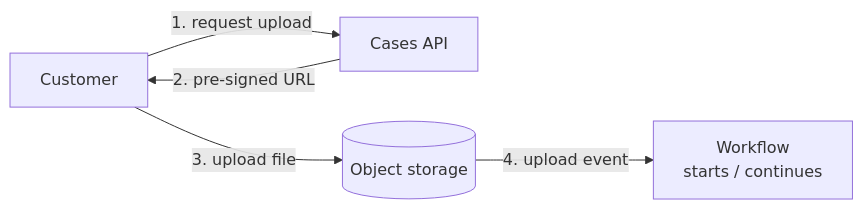
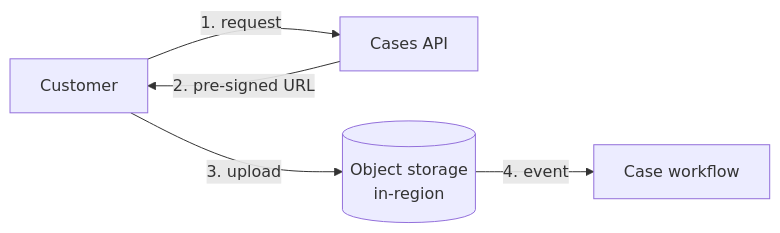
Before and after one commit to shubamchaudhary/CodeNITW: the first of 3 diagrams in src/Data/aiStackDocs/DP-08.md, drawn with Mermaid. The commit also changed other lines of this file and 15 other files, not shown here.

````diff
--- a/src/Data/aiStackDocs/DP-08.md
+++ b/src/Data/aiStackDocs/DP-08.md
@@ -72,7 +63,7 @@
 ```mermaid
 flowchart LR
-    C["Customer"] -->|"1. request upload"| API["Cases API"]
+    C["Customer"] -->|"1. request"| API["Cases API"]
     API -->|"2. pre-signed URL"| C
-    C -->|"3. upload file"| OS[("Object storage")]
-    OS -->|"4. upload event"| WF["Workflow<br/>starts / continues"]
+    C -->|"3. upload"| OS[("Object storage<br/>in-region")]
+    OS -->|"4. event"| WF["Case workflow"]
 ```
````
